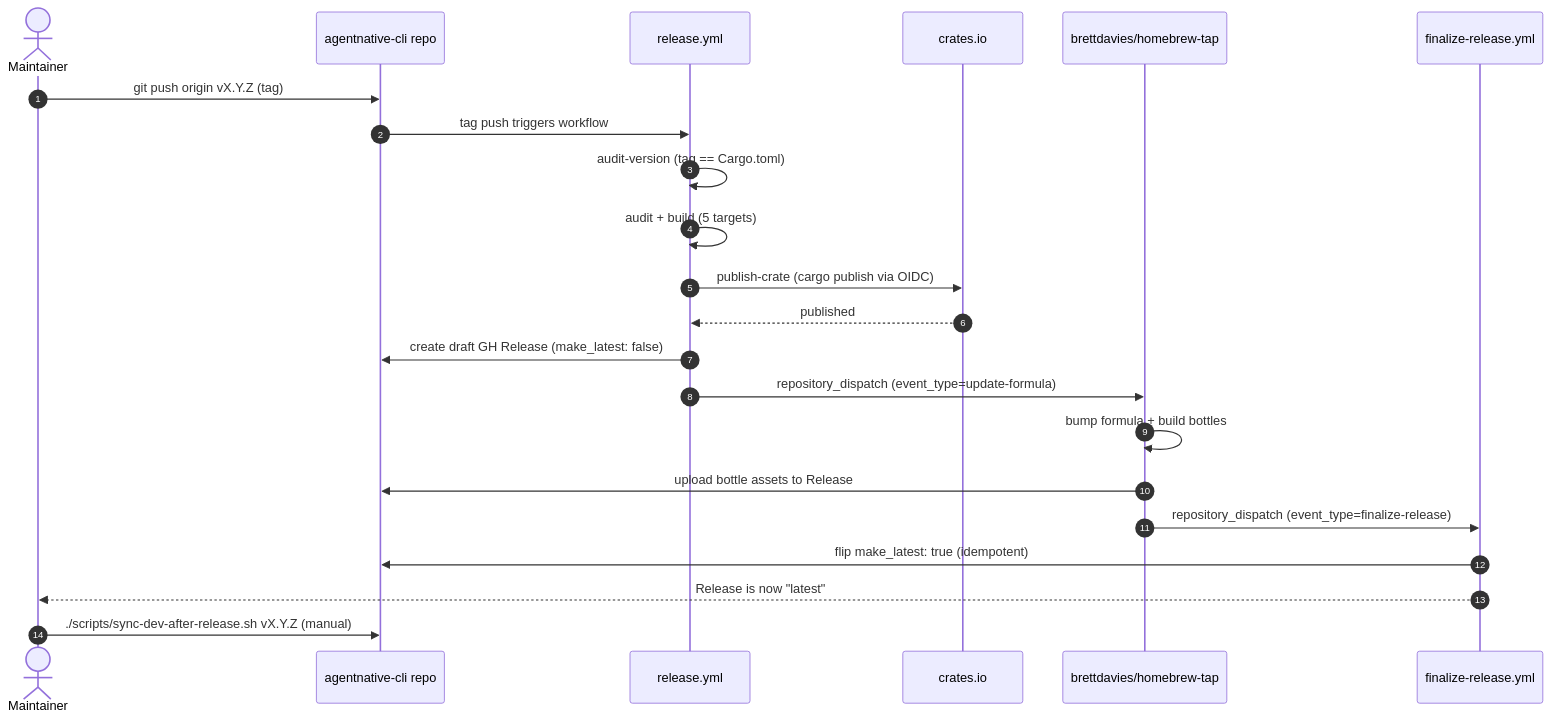
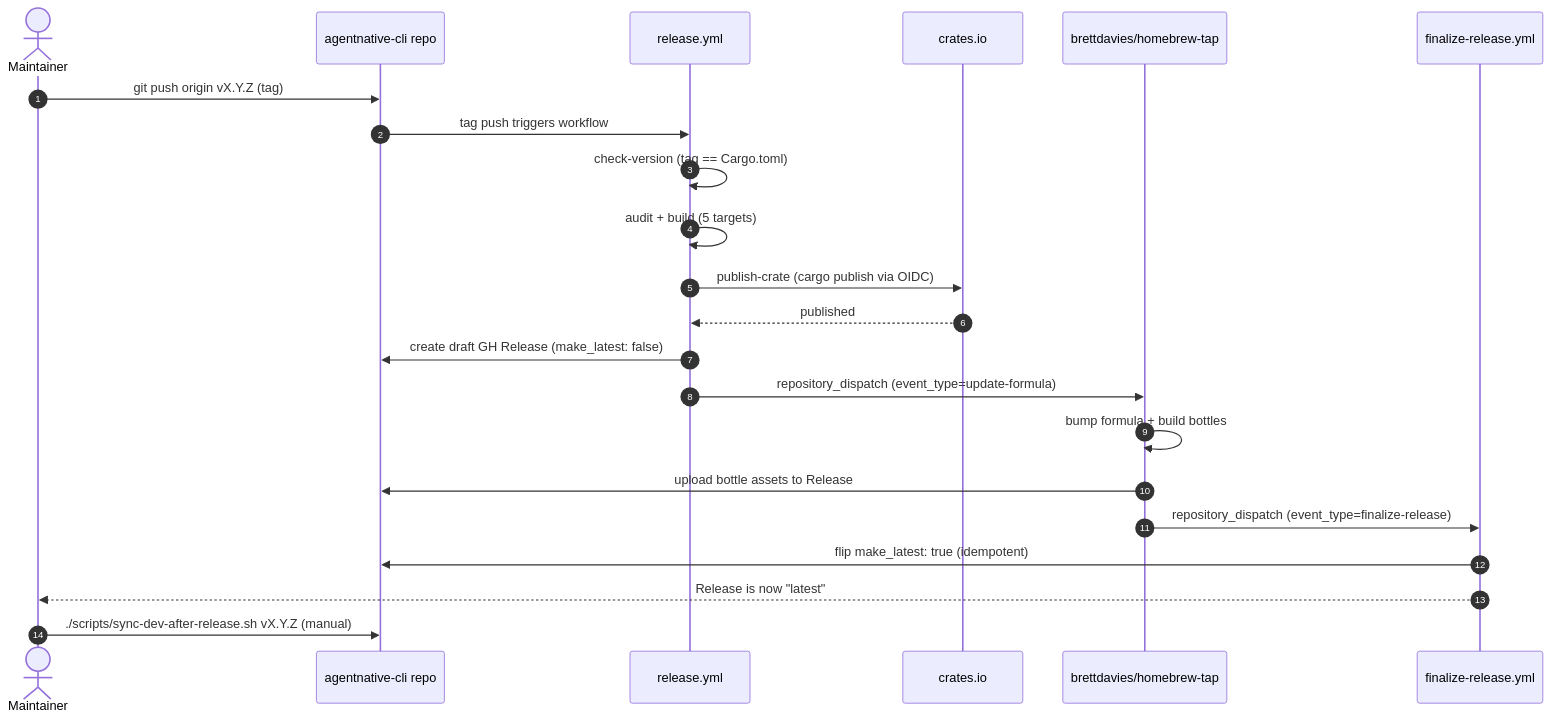
Before and after one commit to brettdavies/agentnative-cli: the second of 2 diagrams in scripts/SYNCS.md, drawn with Mermaid. The commit also changed other lines of this file and 6 other files, not shown here.

````diff
--- a/scripts/SYNCS.md
+++ b/scripts/SYNCS.md
@@ -98,25 +98,25 @@
 ```mermaid
 sequenceDiagram
     autonumber
     actor Maintainer
     participant CLI as agentnative-cli repo
     participant REL as release.yml
     participant CRATES as crates.io
     participant TAP as brettdavies/homebrew-tap
     participant FIN as finalize-release.yml
 
     Maintainer->>CLI: git push origin vX.Y.Z (tag)
     CLI->>REL: tag push triggers workflow
-    REL->>REL: audit-version (tag == Cargo.toml)
+    REL->>REL: check-version (tag == Cargo.toml)
     REL->>REL: audit + build (5 targets)
     REL->>CRATES: publish-crate (cargo publish via OIDC)
     CRATES-->>REL: published
     REL->>CLI: create draft GH Release (make_latest: false)
     REL->>TAP: repository_dispatch (event_type=update-formula)
     TAP->>TAP: bump formula + build bottles
     TAP->>CLI: upload bottle assets to Release
     TAP->>FIN: repository_dispatch (event_type=finalize-release)
     FIN->>CLI: flip make_latest: true (idempotent)
     FIN-->>Maintainer: Release is now "latest"
     Maintainer->>CLI: ./scripts/sync-dev-after-release.sh vX.Y.Z (manual)
 ```
````
